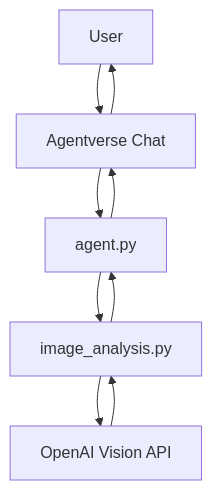
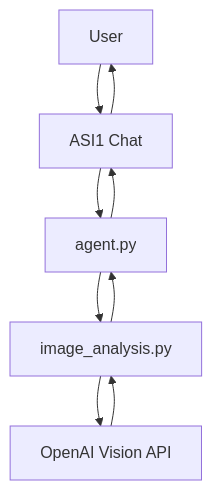
One commit to gautammanak1/image-analysis-agent changed the diagram in README.md. Above: the diagram before and after it, drawn with Mermaid.

Commit message:
Update chat agent name in workflow diagram

````diff
--- a/README.md
+++ b/README.md
@@ -28,11 +28,11 @@
 ```mermaid
 flowchart TD
-    U[User] --> A[Agentverse Chat]
+    U[User] --> A[ASI1 Chat]
     A --> B[agent.py]
     B --> C[image_analysis.py]
     C --> D[OpenAI Vision API]
     D --> C
     C --> B
     B --> A
     A --> U
 ```
````
